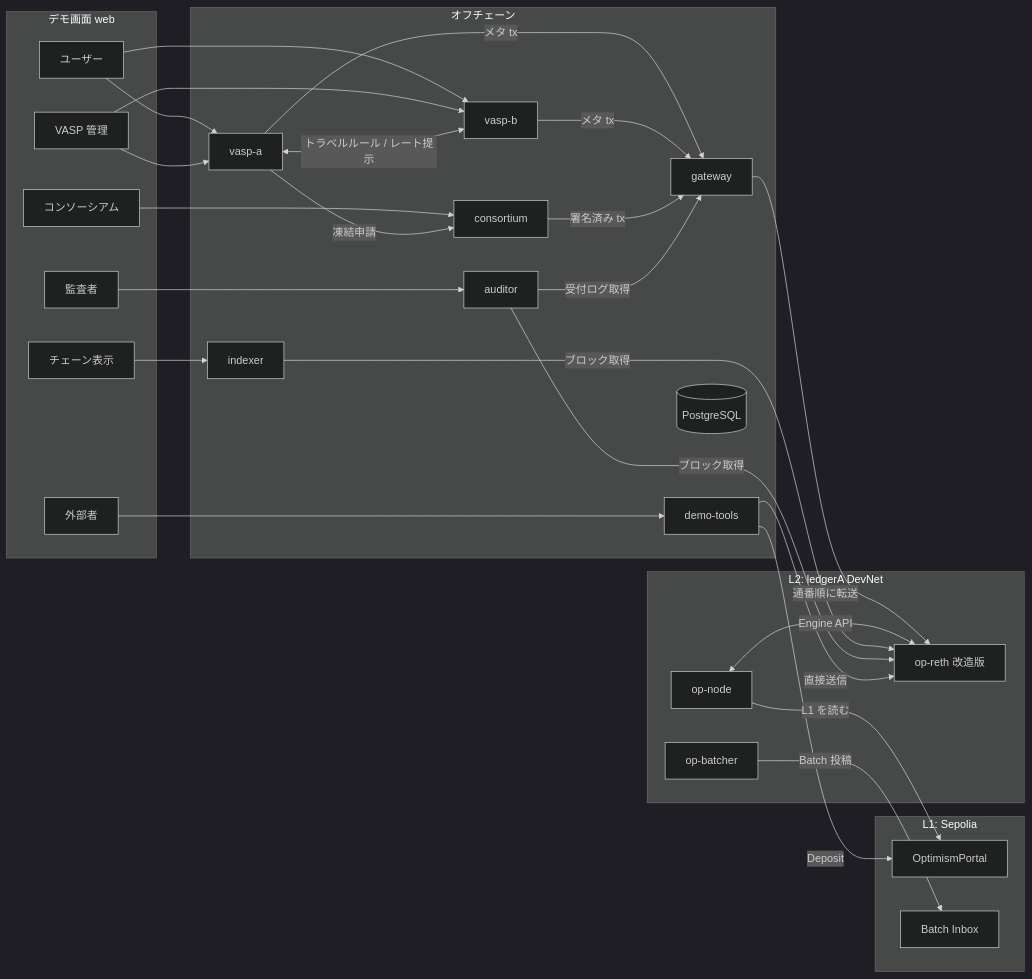
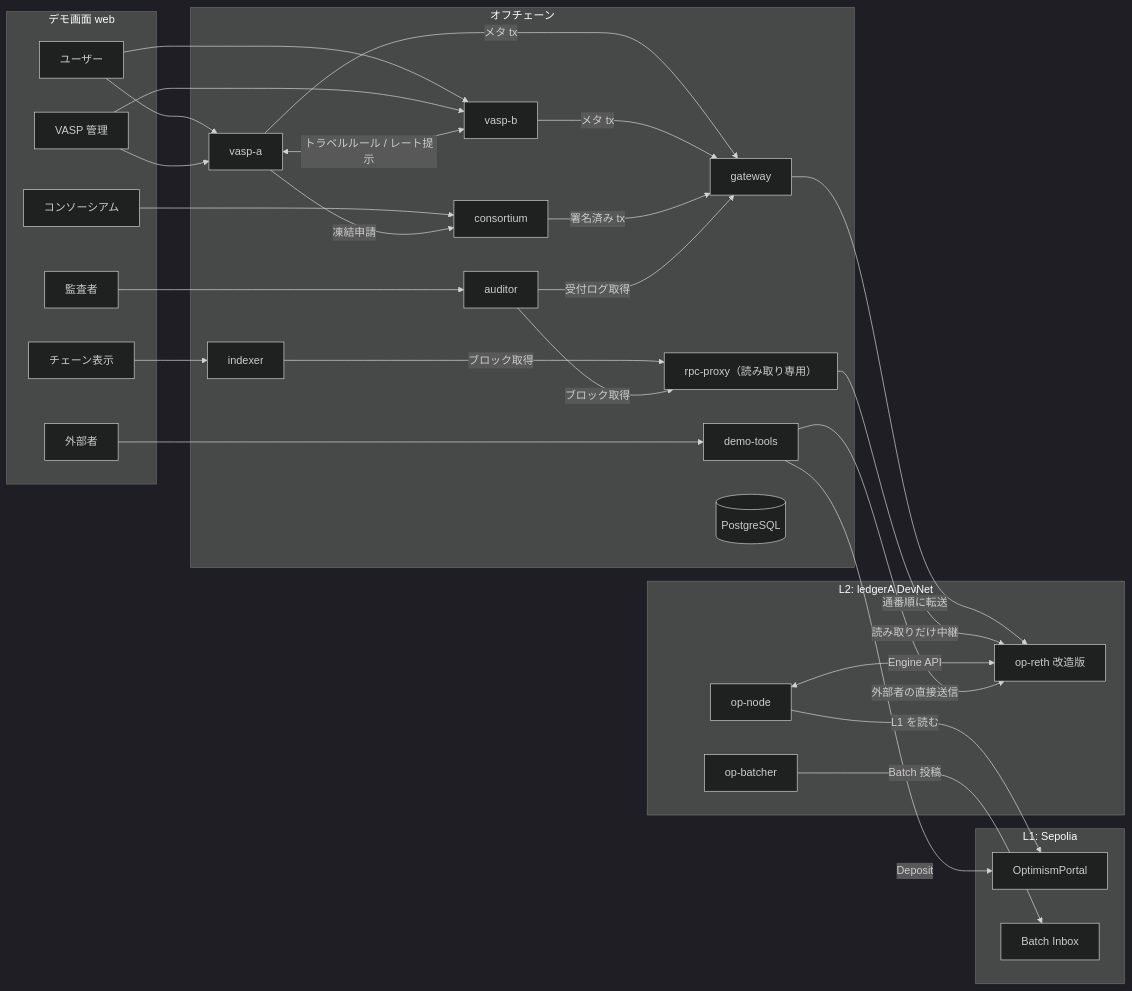
Before and after one commit to kuriyosh/ledger-a: the diagram in docs/01-architecture.md, drawn with Mermaid (dark theme). The commit also changed other lines of this file and 13 other files, not shown here.

Commit message:
docs: add read-only rpc-proxy, DepositProbe, control node, and demo replay to design to close ordering and KYC verification gaps

````diff
--- a/docs/01-architecture.md
+++ b/docs/01-architecture.md
@@ -5,57 +5,59 @@
 ```mermaid
 flowchart LR
   subgraph WEB["デモ画面 web"]
     UI_USER["ユーザー"]
     UI_VASP["VASP 管理"]
     UI_CONS["コンソーシアム"]
     UI_AUD["監査者"]
     UI_ATK["外部者"]
     UI_CHAIN["チェーン表示"]
   end
 
   subgraph OFF["オフチェーン"]
     VASPA["vasp-a"]
     VASPB["vasp-b"]
     CONS["consortium"]
     GW["gateway"]
+    RPCP["rpc-proxy（読み取り専用）"]
     IDX["indexer"]
     AUD["auditor"]
     DEMO["demo-tools"]
     PG[("PostgreSQL")]
   end
 
   subgraph L2["L2: ledgerA DevNet"]
     RETH["op-reth 改造版"]
     NODE["op-node"]
     BATCH["op-batcher"]
   end
 
   subgraph L1["L1: Sepolia"]
     PORTAL["OptimismPortal"]
     INBOX["Batch Inbox"]
   end
 
   UI_USER --> VASPA
   UI_USER --> VASPB
   UI_VASP --> VASPA
   UI_VASP --> VASPB
   UI_CONS --> CONS
   UI_AUD --> AUD
   UI_ATK --> DEMO
   UI_CHAIN --> IDX
 
   VASPA <-->|"トラベルルール / レート提示"| VASPB
   VASPA -->|"メタ tx"| GW
   VASPB -->|"メタ tx"| GW
   VASPA -->|"凍結申請"| CONS
   CONS -->|"署名済み tx"| GW
   GW -->|"通番順に転送"| RETH
+  RPCP -->|"読み取りだけ中継"| RETH
   NODE <-->|"Engine API"| RETH
   NODE -->|"L1 を読む"| PORTAL
   BATCH -->|"Batch 投稿"| INBOX
-  IDX -->|"ブロック取得"| RETH
+  IDX -->|"ブロック取得"| RPCP
   AUD -->|"受付ログ取得"| GW
-  AUD -->|"ブロック取得"| RETH
-  DEMO -->|"直接送信"| RETH
+  AUD -->|"ブロック取得"| RPCP
+  DEMO -->|"外部者の直接送信"| RETH
   DEMO -->|"Deposit"| PORTAL
 ```
````
